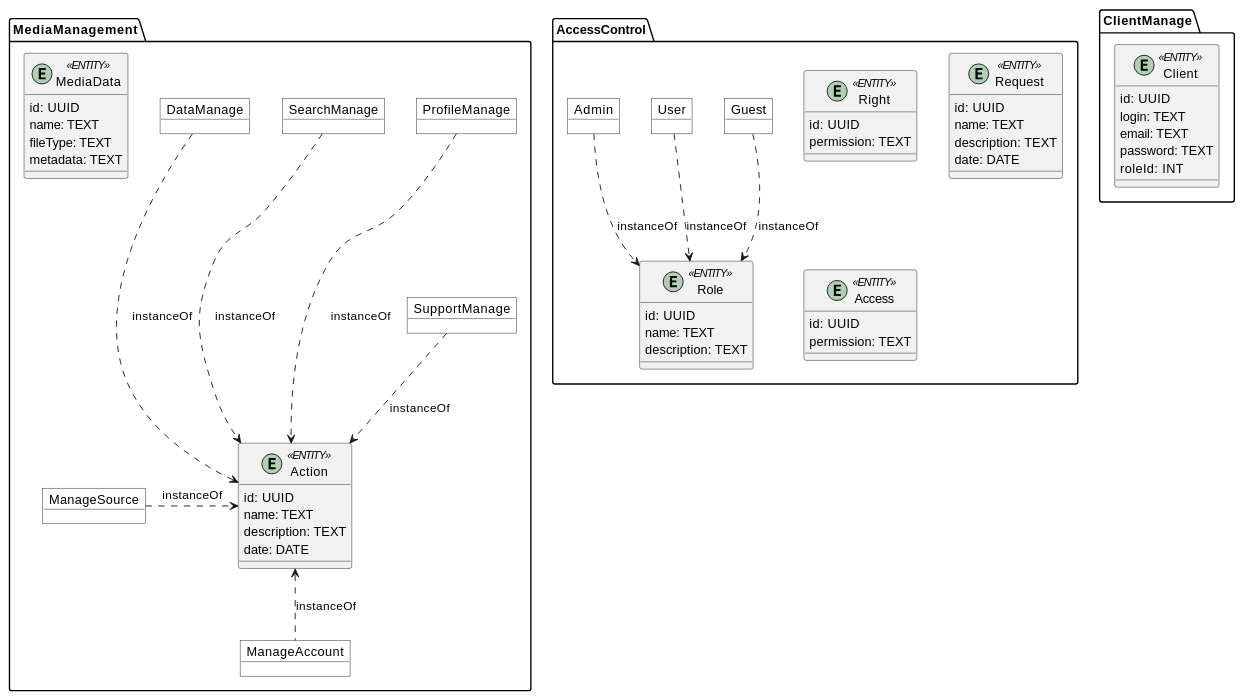
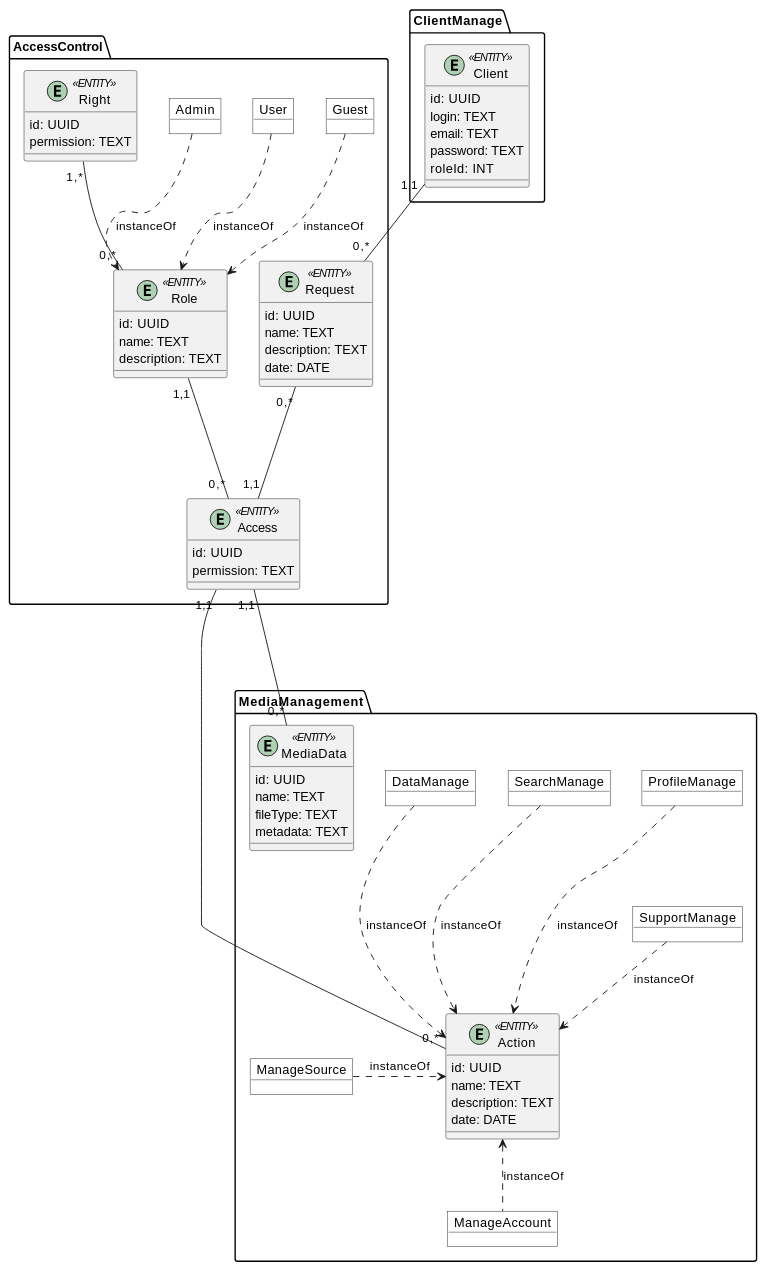
One commit to nonGratis/retarder-io-23-3 changed the second of 2 diagrams in docs/design/README.md. Above: the diagram before and after it, drawn with PlantUML.

Commit message:
add dependencies

````diff
--- a/docs/design/README.md
+++ b/docs/design/README.md
@@ -170,5 +170,13 @@
       }
   }
 
+
+  Client "1,1"--"0,*" Request
+  Right "1,*"--"0,*" Role
+  Role "1,1"---"0,*" Access
+  Request "0,*"---"1,1" Access
+  Access "1,1"---"0,*" Action
+  Access "1,1"---"0,*" MediaData
+
 @enduml
 ```
````
